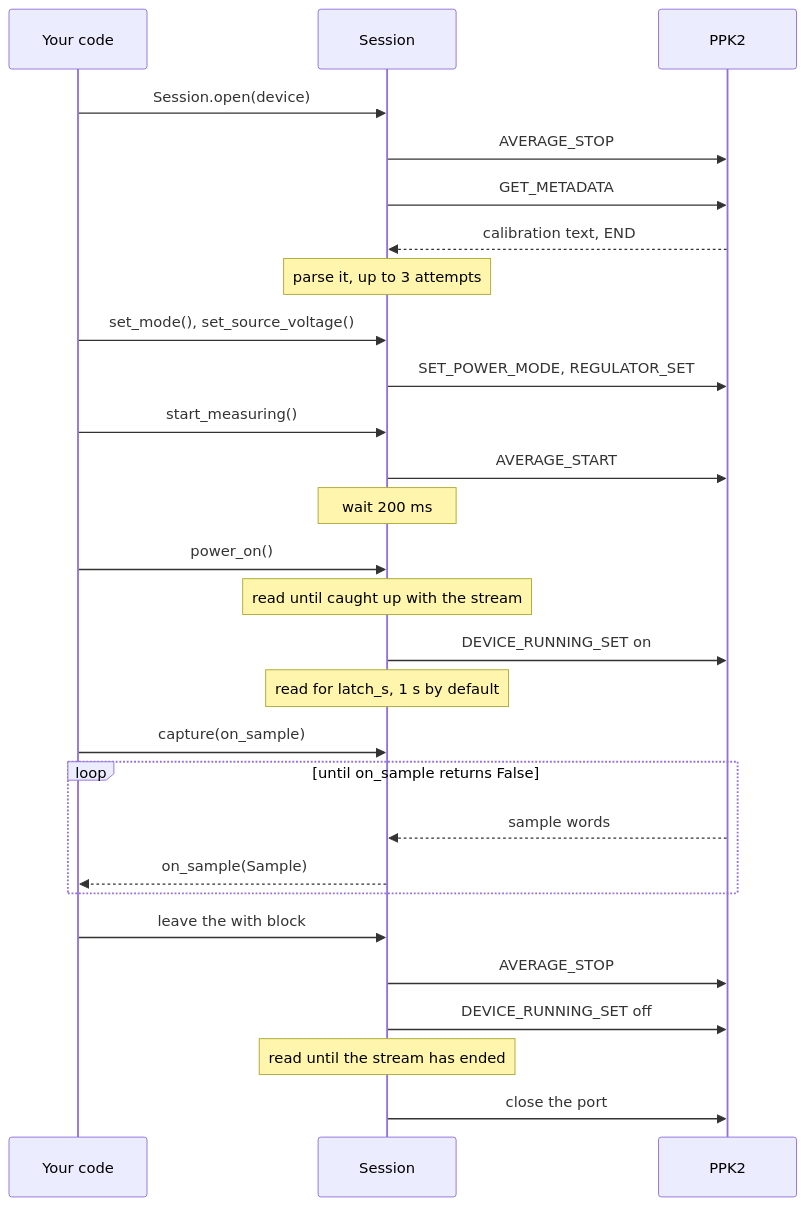
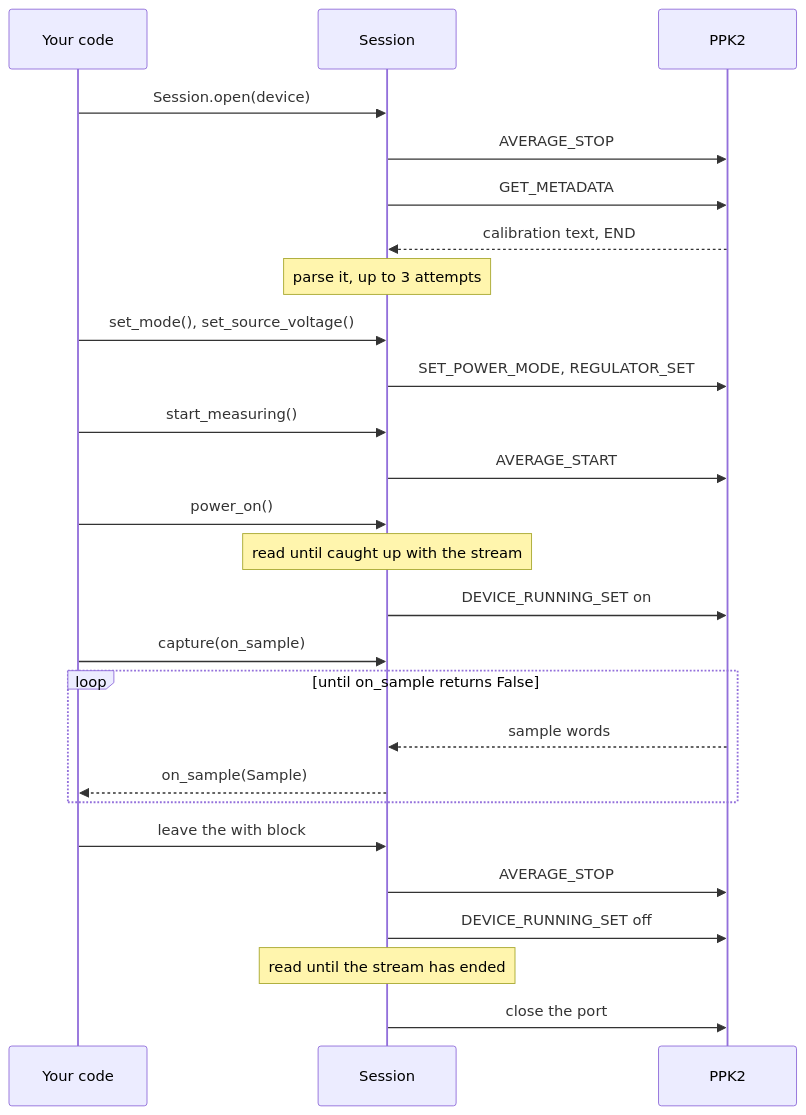
Before and after one commit to rdagher/ppk2-lib: the second of 3 diagrams in docs/use/architecture.md, drawn with Mermaid. The commit also changed other lines of this file and 14 other files, not shown here.

````diff
--- a/docs/use/architecture.md
+++ b/docs/use/architecture.md
@@ -112,34 +112,32 @@
 ```mermaid
 sequenceDiagram
     participant Code as Your code
     participant Session
     participant PPK2
 
     Code->>Session: Session.open(device)
     Session->>PPK2: AVERAGE_STOP
     Session->>PPK2: GET_METADATA
     PPK2-->>Session: calibration text, END
     Note over Session: parse it, up to 3 attempts
 
     Code->>Session: set_mode(), set_source_voltage()
     Session->>PPK2: SET_POWER_MODE, REGULATOR_SET
     Code->>Session: start_measuring()
     Session->>PPK2: AVERAGE_START
-    Note over Session: wait 200 ms
     Code->>Session: power_on()
     Note over Session: read until caught up with the stream
     Session->>PPK2: DEVICE_RUNNING_SET on
-    Note over Session: read for latch_s, 1 s by default
 
     Code->>Session: capture(on_sample)
     loop until on_sample returns False
         PPK2-->>Session: sample words
         Session-->>Code: on_sample(Sample)
     end
 
     Code->>Session: leave the with block
     Session->>PPK2: AVERAGE_STOP
     Session->>PPK2: DEVICE_RUNNING_SET off
     Note over Session: read until the stream has ended
     Session->>PPK2: close the port
 ```
````
